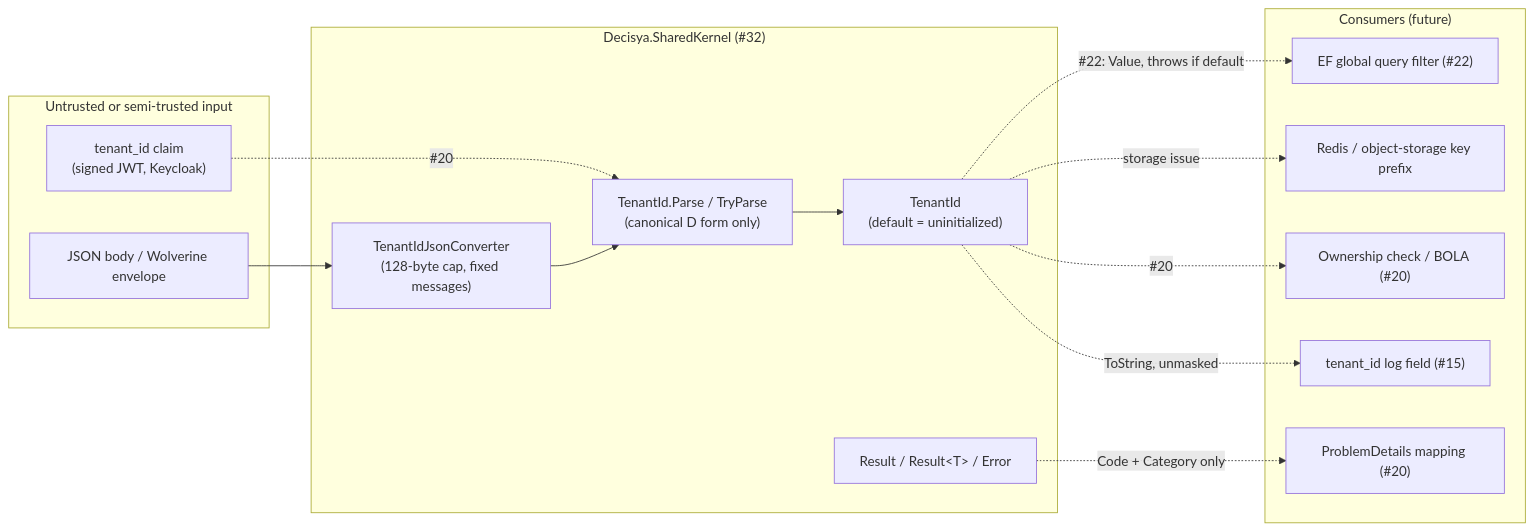
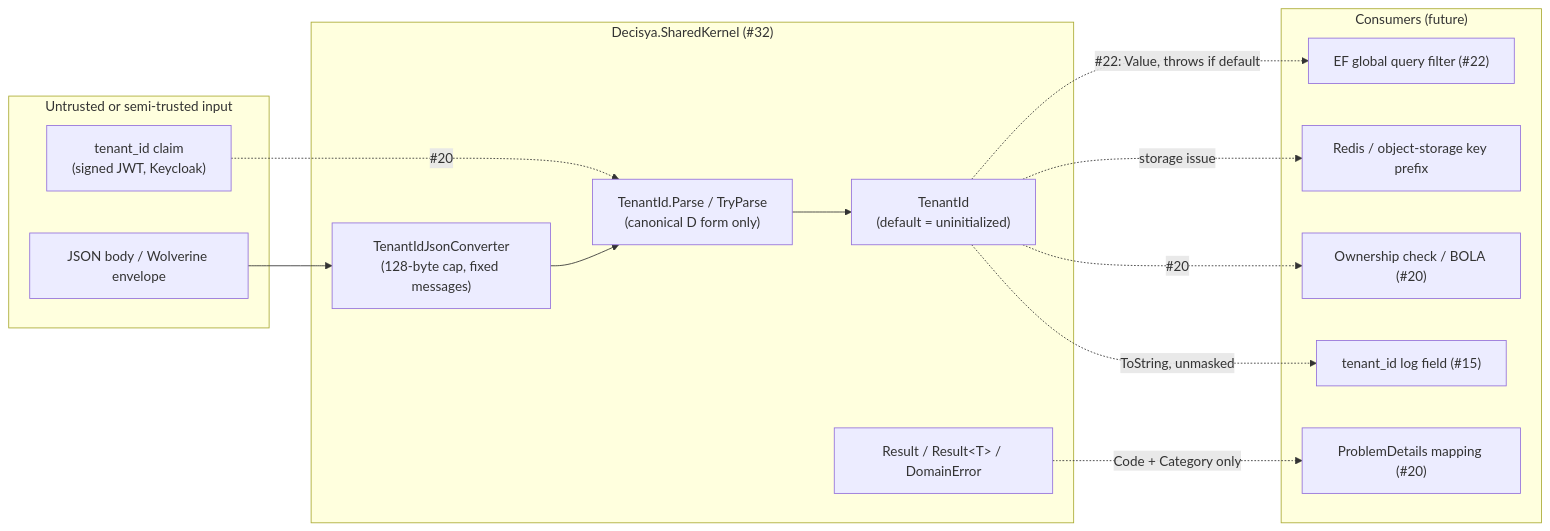
Before and after one commit to mpcs2013/decisya: the diagram in docs/security/threat-models/tenantid-result-types.md, drawn with Mermaid. The commit also changed other lines of this file and 22 other files, not shown here.

First line of the commit message:
feat(sharedkernel): add TenantId and Result/DomainError types

````diff
--- a/docs/security/threat-models/tenantid-result-types.md
+++ b/docs/security/threat-models/tenantid-result-types.md
@@ -34,27 +35,27 @@
 ```mermaid
 flowchart LR
   subgraph untrusted["Untrusted or semi-trusted input"]
     claim["tenant_id claim<br/>(signed JWT, Keycloak)"]
     json["JSON body / Wolverine envelope"]
   end
   subgraph sk["Decisya.SharedKernel (#32)"]
     parse["TenantId.Parse / TryParse<br/>(canonical D form only)"]
     conv["TenantIdJsonConverter<br/>(128-byte cap, fixed messages)"]
     tid["TenantId<br/>(default = uninitialized)"]
-    res["Result / Result&lt;T&gt; / Error"]
+    res["Result / Result&lt;T&gt; / DomainError"]
   end
   subgraph consumers["Consumers (future)"]
     filter["EF global query filter (#22)"]
     keys["Redis / object-storage key prefix"]
     authz["Ownership check / BOLA (#20)"]
     pd["ProblemDetails mapping (#20)"]
     log["tenant_id log field (#15)"]
   end
   claim -. "#20" .-> parse
   json --> conv --> parse --> tid
   tid -. "#22: Value, throws if default" .-> filter
   tid -. "storage issue" .-> keys
   tid -. "#20" .-> authz
   tid -. "ToString, unmasked" .-> log
   res -. "Code + Category only" .-> pd
 ```
````
